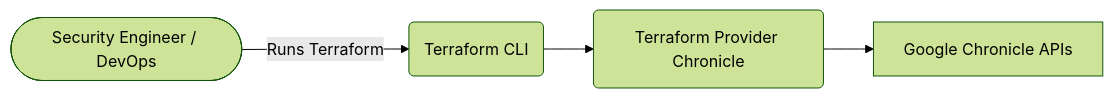
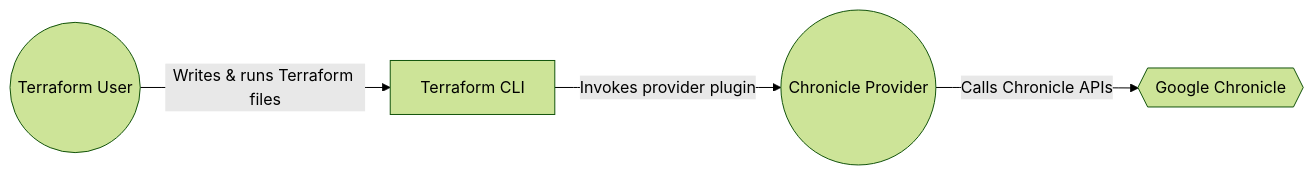
Before and after one commit to xvnpw/ai-security-analyzer: the first of 4 diagrams in examples/form3tech-oss/dir-sec-design-terraform-provider-chronicle-o1.md, drawn with Mermaid (forest theme). The commit also changed other lines of this file and 218 other files, not shown here.

````diff
--- a/examples/form3tech-oss/dir-sec-design-terraform-provider-chronicle-o1.md
+++ b/examples/form3tech-oss/dir-sec-design-terraform-provider-chronicle-o1.md
@@ -43,6 +46,6 @@
 ```mermaid
 flowchart LR
-    User([Security Engineer / DevOps]) -->|Runs Terraform| TerraformCLI(Terraform CLI)
-    TerraformCLI --> ProviderPlugin(Terraform Provider Chronicle)
-    ProviderPlugin --> ChronicleAPIs[Google Chronicle APIs]
+    A((Terraform User)) -->|Writes & runs Terraform files|B[Terraform CLI]
+    B -->|Invokes provider plugin|C((Chronicle Provider))
+    C -->|Calls Chronicle APIs|D{{Google Chronicle}}
 ```
````
